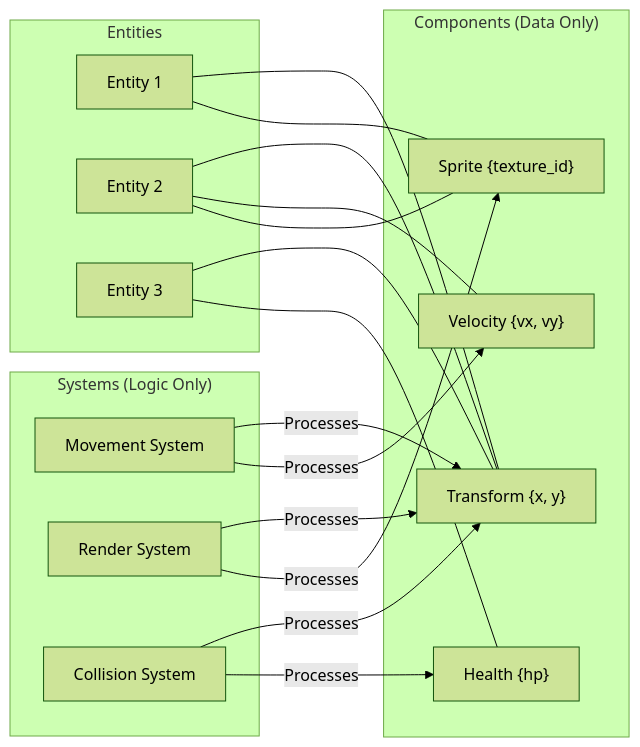
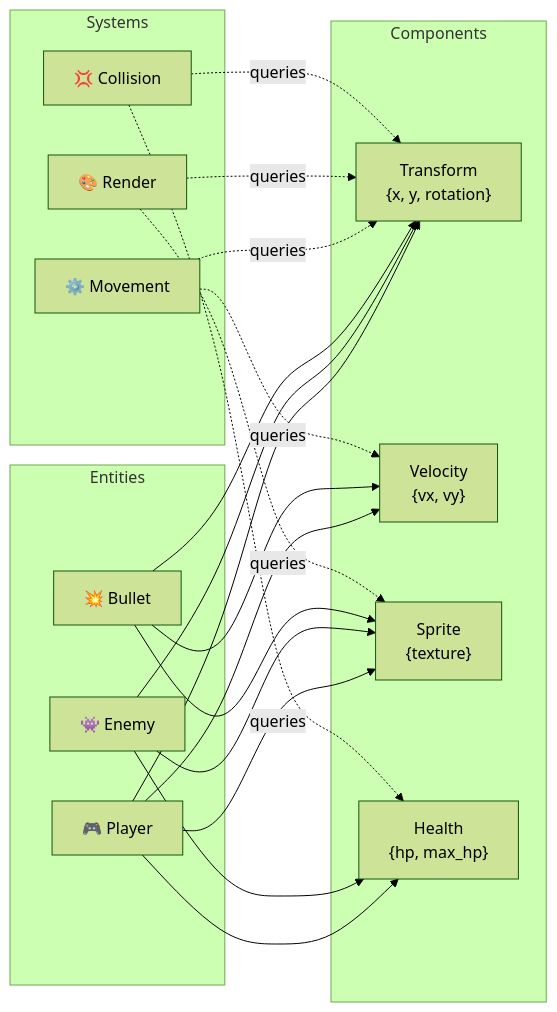
The diagram in README.md (SimonDelcuze/rtype), drawn with Mermaid (forest theme) before and after one commit. The commit also changed other lines of this file and 5 other files, not shown here.

````diff
--- a/README.md
+++ b/README.md
@@ -53,38 +118,41 @@
 ```mermaid
 graph LR
     subgraph "Entities"
-        E1[Entity 1]
-        E2[Entity 2]
-        E3[Entity 3]
+        E1[🎮 Player]
+        E2[👾 Enemy]
+        E3[💥 Bullet]
     end
 
-    subgraph "Components (Data Only)"
-        C1["Transform {x, y}"]
-        C2["Velocity {vx, vy}"]
-        C3["Sprite {texture_id}"]
-        C4["Health {hp}"]
+    subgraph "Components"
+        C1["Transform<br/>{x, y, rotation}"]
+        C2["Velocity<br/>{vx, vy}"]
+        C3["Sprite<br/>{texture}"]
+        C4["Health<br/>{hp, max_hp}"]
     end
 
-    subgraph "Systems (Logic Only)"
-        S1[Movement System]
-        S2[Render System]
-        S3[Collision System]
+    subgraph "Systems"
+        S1[⚙️ Movement]
+        S2[🎨 Render]
+        S3[💢 Collision]
     end
 
-    E1 --- C1
-    E1 --- C3
+    E1 --> C1
+    E1 --> C2
+    E1 --> C3
+    E1 --> C4
     
-    E2 --- C1
-    E2 --- C2
-    E2 --- C3
+    E2 --> C1
+    E2 --> C3
+    E2 --> C4
     
-    E3 --- C1
-    E3 --- C4
+    E3 --> C1
+    E3 --> C2
+    E3 --> C3
 
-    S1 -->|Processes| C1
-    S1 -->|Processes| C2
-    S2 -->|Processes| C1
-    S2 -->|Processes| C3
-    S3 -->|Processes| C1
-    S3 -->|Processes| C4
+    S1 -.->|queries| C1
+    S1 -.->|queries| C2
+    S2 -.->|queries| C1
+    S2 -.->|queries| C3
+    S3 -.->|queries| C1
+    S3 -.->|queries| C4
 ```
````
